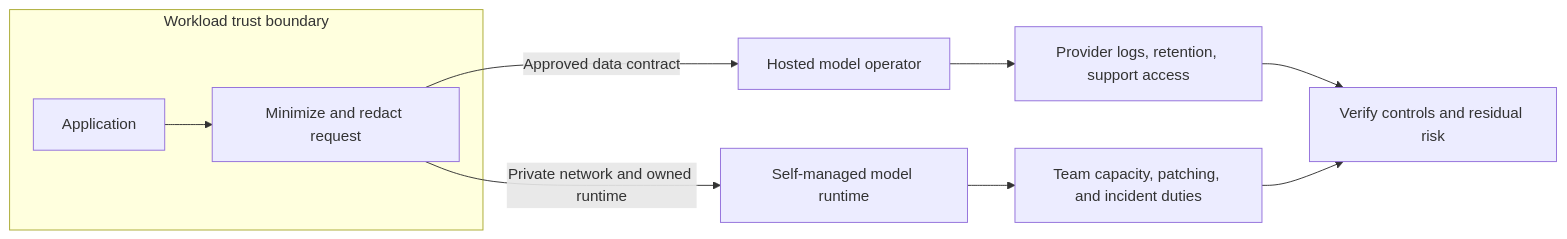
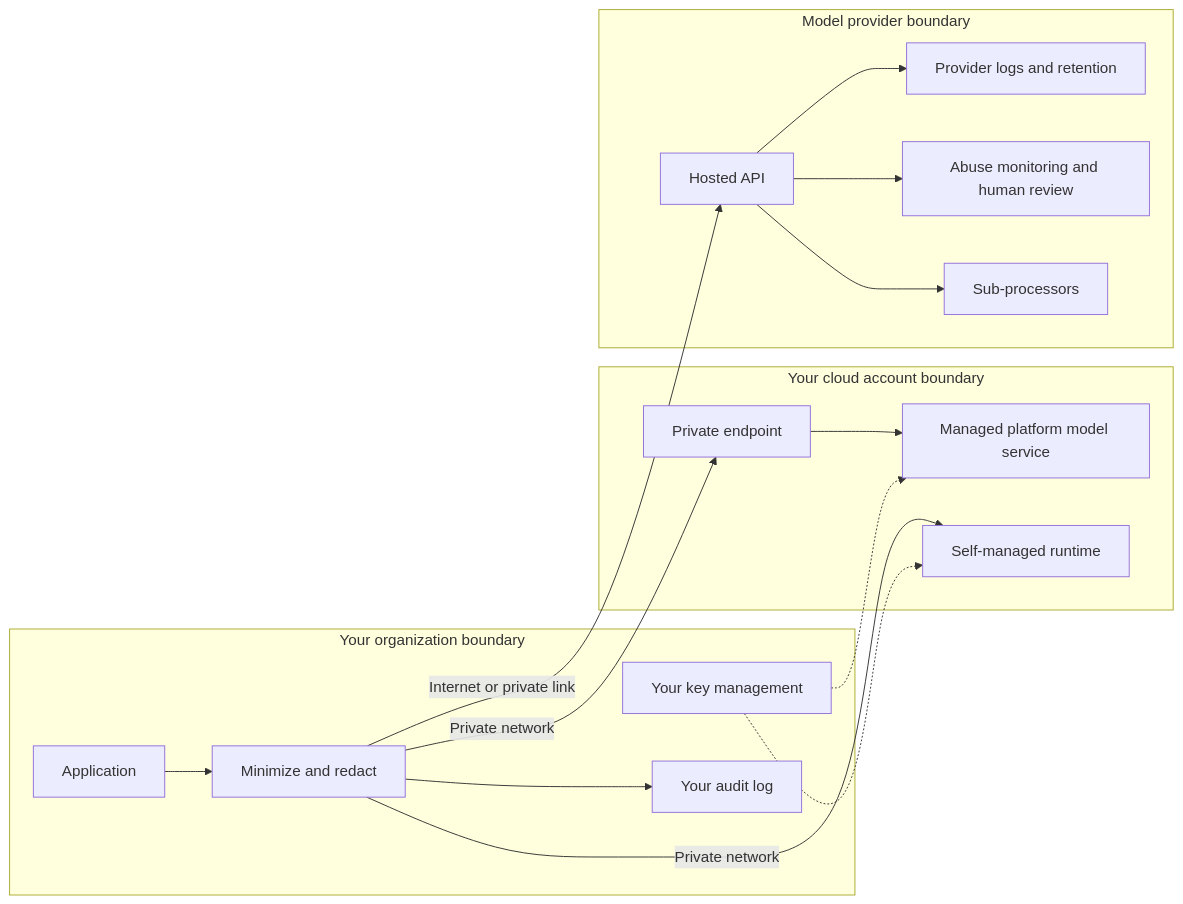
Before and after one commit to joydasss/Architect: the fourth of 12 diagrams in 17_AI_Architecture/CH02_AI_Capability_and_Model_Selection.md, drawn with Mermaid. The commit also changed other lines of this file and 295 other files, not shown here.

````diff
--- a/17_AI_Architecture/CH02_AI_Capability_and_Model_Selection.md
+++ b/17_AI_Architecture/CH02_AI_Capability_and_Model_Selection.md
@@ -54,14 +526,32 @@
 ```mermaid
 flowchart LR
-    subgraph WorkloadBoundary[Workload trust boundary]
-        App[Application]
-        Redact[Minimize and redact request]
-        App --> Redact
+    subgraph Org["Your organization boundary"]
+        App["Application"]
+        Min["Minimize and redact"]
+        Keys["Your key management"]
+        Audit["Your audit log"]
+        App --> Min
+        Min --> Audit
     end
-    Redact -->|Approved data contract| Hosted[Hosted model operator]
-    Redact -->|Private network and owned runtime| Self[Self-managed model runtime]
-    Hosted --> HostedLogs[Provider logs, retention, support access]
-    Self --> OwnedOps[Team capacity, patching, and incident duties]
-    HostedLogs --> Review[Verify controls and residual risk]
-    OwnedOps --> Review
+    subgraph Cloud["Your cloud account boundary"]
+        PE["Private endpoint"]
+        Plat["Managed platform model service"]
+        Self["Self-managed runtime"]
+        PE --> Plat
+        Self
+    end
+    subgraph Prov["Model provider boundary"]
+        API["Hosted API"]
+        Logs["Provider logs and retention"]
+        Abuse["Abuse monitoring and human review"]
+        Sub["Sub-processors"]
+        API --> Logs
+        API --> Abuse
+        API --> Sub
+    end
+    Min -->|Internet or private link| API
+    Min -->|Private network| PE
+    Min -->|Private network| Self
+    Keys -.-> Plat
+    Keys -.-> Self
 ```
````
